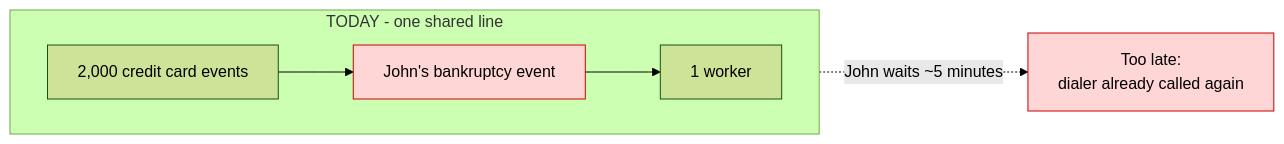
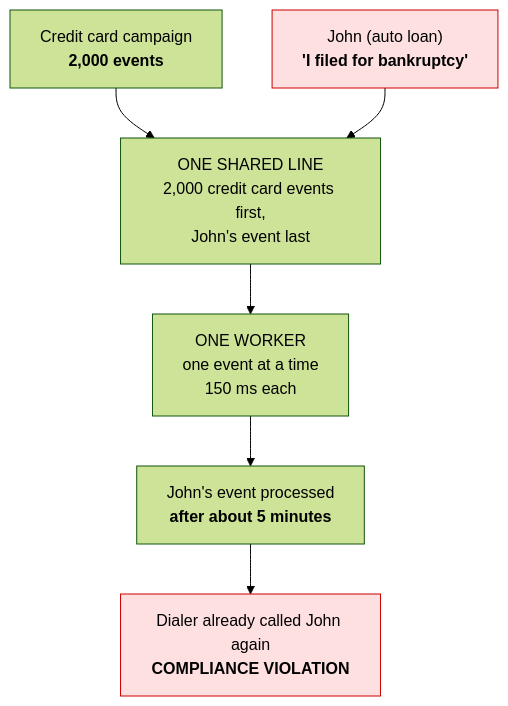
One commit to eresh-thekbr/multi-tenant-streaming changed the third of 5 diagrams in docs/problem-statement.md. Above: the diagram before and after it, drawn with Mermaid (forest theme). The commit also changed other lines of this file, not shown here.

Commit message:
Simplify problem diagrams and show agent replies in call example

````diff
--- a/docs/problem-statement.md
+++ b/docs/problem-statement.md
@@ -144,10 +113,11 @@
 ```mermaid
-flowchart LR
-    subgraph Today["TODAY - one shared line"]
-        direction LR
-        T1["2,000 credit card events"] --> T2["John's bankruptcy event"] --> T3["1 worker"]
-    end
-    T3 -. "John waits ~5 minutes" .-> X["Too late:<br/>dialer already called again"]
-    style T2 fill:#ffd6d6,stroke:#c00,color:#000
-    style X fill:#ffd6d6,stroke:#c00,color:#000
+flowchart TB
+    A["Credit card campaign<br/><b>2,000 events</b>"] --> Q
+    B["John (auto loan)<br/><b>'I filed for bankruptcy'</b>"] --> Q
+    Q["ONE SHARED LINE<br/>2,000 credit card events first,<br/>John's event last"] --> W
+    W["ONE WORKER<br/>one event at a time<br/>150 ms each"] --> R
+    R["John's event processed<br/><b>after about 5 minutes</b>"] --> X
+    X["Dialer already called John again<br/><b>COMPLIANCE VIOLATION</b>"]
+    style B fill:#ffe0e0,stroke:#c00,color:#000
+    style X fill:#ffe0e0,stroke:#c00,color:#000
 ```
````
